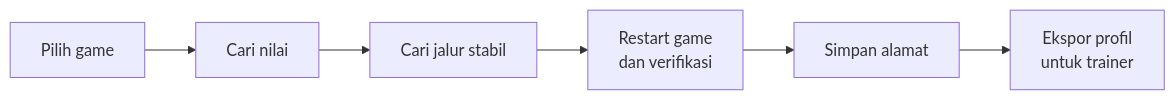
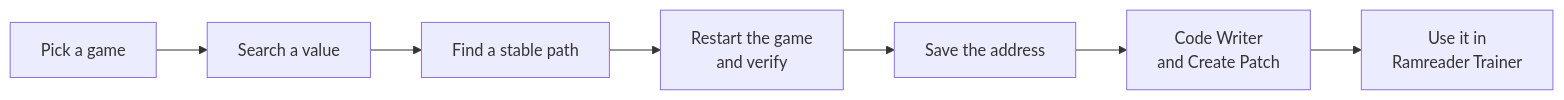
The diagram in README.md (fathun12/Ramreader), drawn with Mermaid before and after one commit. The commit also changed other lines of this file, not shown here.

````diff
--- a/README.md
+++ b/README.md
@@ -24,8 +26,9 @@
 ```mermaid
 flowchart LR
-    A[Pilih game] --> B[Cari nilai]
-    B --> C[Cari jalur stabil]
-    C --> D[Restart game<br/>dan verifikasi]
-    D --> E[Simpan alamat]
-    E --> F[Ekspor profil<br/>untuk trainer]
+    A[Pick a game] --> B[Search a value]
+    B --> C[Find a stable path]
+    C --> D[Restart the game<br/>and verify]
+    D --> E[Save the address]
+    E --> F[Code Writer<br/>and Create Patch]
+    F --> G[Use it in<br/>Ramreader Trainer]
 ```
````
